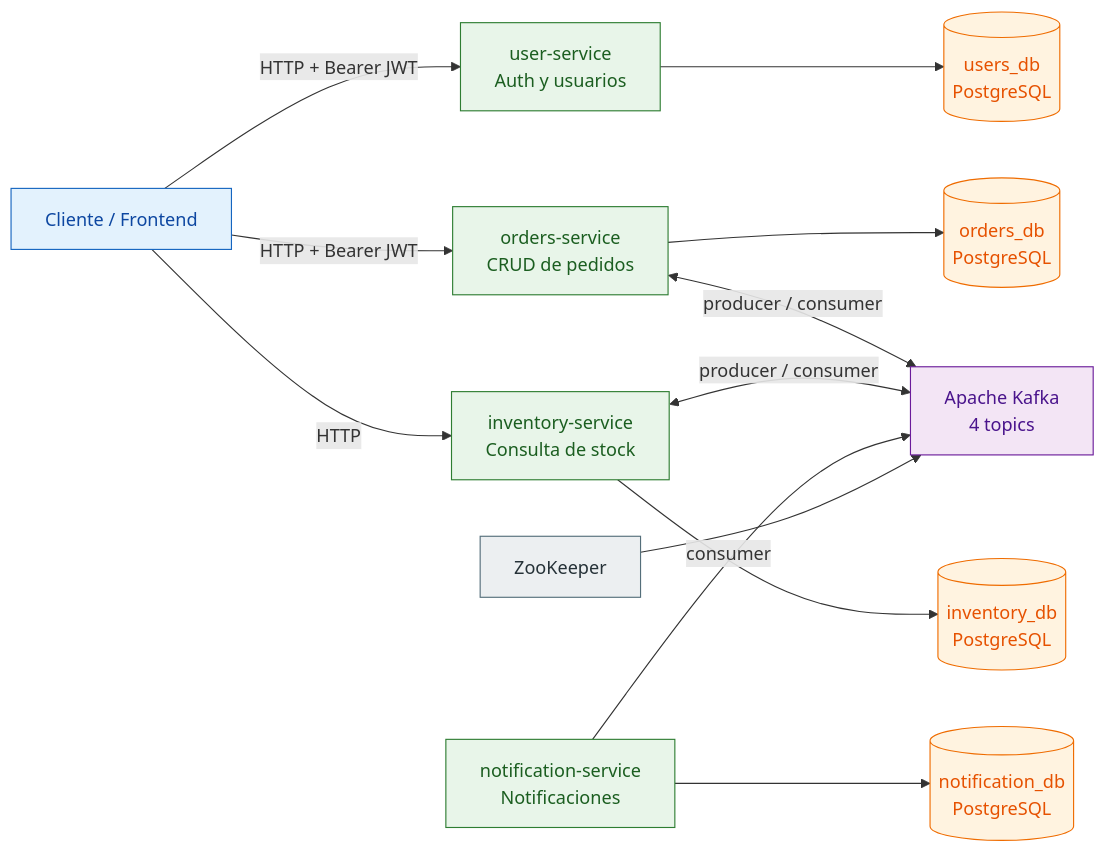
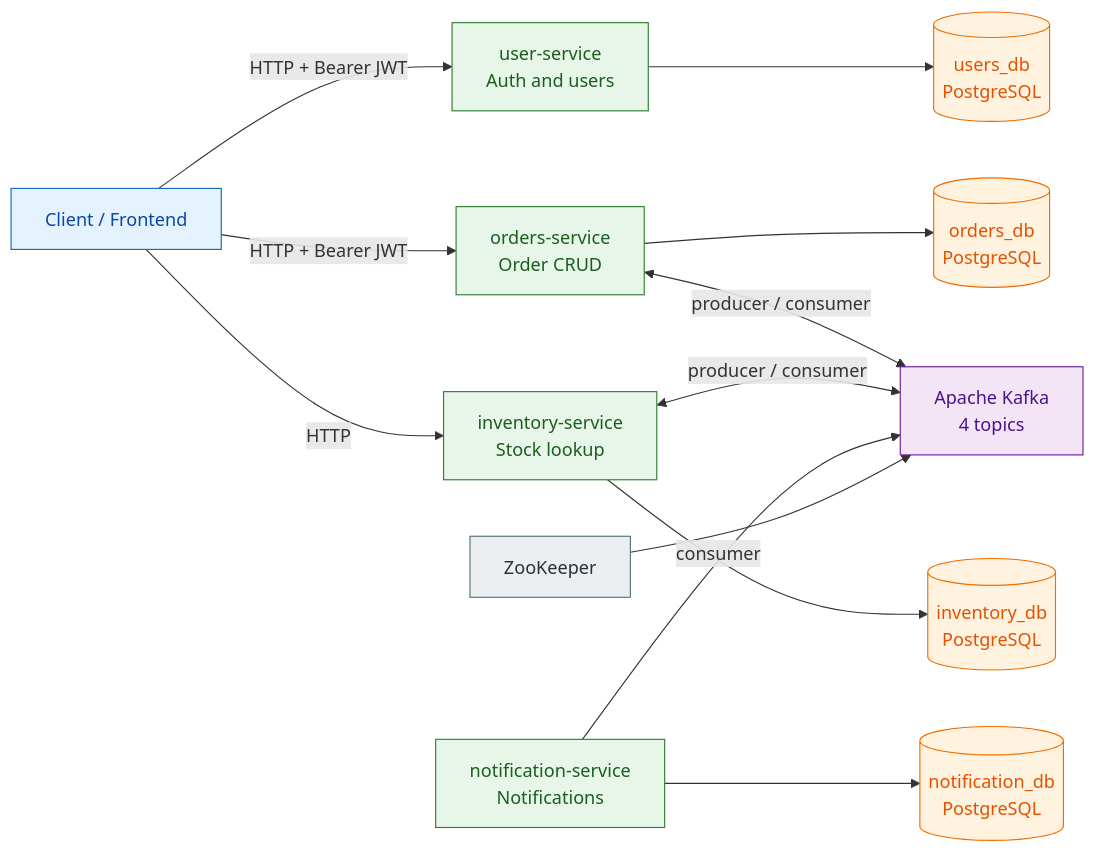
The first of 31 diagrams in README.md (carlosgarcia-tech/order-flow), drawn with Mermaid before and after one commit. The commit also changed other lines of this file, not shown here.

````diff
--- a/README.md
+++ b/README.md
@@ -44,24 +44,24 @@
 ```mermaid
 flowchart LR
     classDef client fill:#e3f2fd,stroke:#1565c0,color:#0d47a1
     classDef svc fill:#e8f5e9,stroke:#2e7d32,color:#1b5e20
     classDef db fill:#fff3e0,stroke:#ef6c00,color:#e65100
     classDef bus fill:#f3e5f5,stroke:#6a1b9a,color:#4a148c
     classDef ext fill:#eceff1,stroke:#546e7a,color:#263238
 
-    Client["Cliente / Frontend"]:::client
-    Client -->|"HTTP + Bearer JWT"| US["user-service<br/>Auth y usuarios"]:::svc
-    Client -->|"HTTP + Bearer JWT"| OS["orders-service<br/>CRUD de pedidos"]:::svc
-    Client -->|"HTTP"| IS["inventory-service<br/>Consulta de stock"]:::svc
+    Client["Client / Frontend"]:::client
+    Client -->|"HTTP + Bearer JWT"| US["user-service<br/>Auth and users"]:::svc
+    Client -->|"HTTP + Bearer JWT"| OS["orders-service<br/>Order CRUD"]:::svc
+    Client -->|"HTTP"| IS["inventory-service<br/>Stock lookup"]:::svc
 
     US --> UDB[("users_db<br/>PostgreSQL")]:::db
     OS --> ODB[("orders_db<br/>PostgreSQL")]:::db
     IS --> IDB[("inventory_db<br/>PostgreSQL")]:::db
-    NS["notification-service<br/>Notificaciones"]:::svc --> NDB[("notification_db<br/>PostgreSQL")]:::db
+    NS["notification-service<br/>Notifications"]:::svc --> NDB[("notification_db<br/>PostgreSQL")]:::db
 
     OS <-->|"producer / consumer"| K["Apache Kafka<br/>4 topics"]:::bus
     IS <-->|"producer / consumer"| K
     NS -->|"consumer"| K
 
     ZK["ZooKeeper"]:::ext --> K
 ```
````
